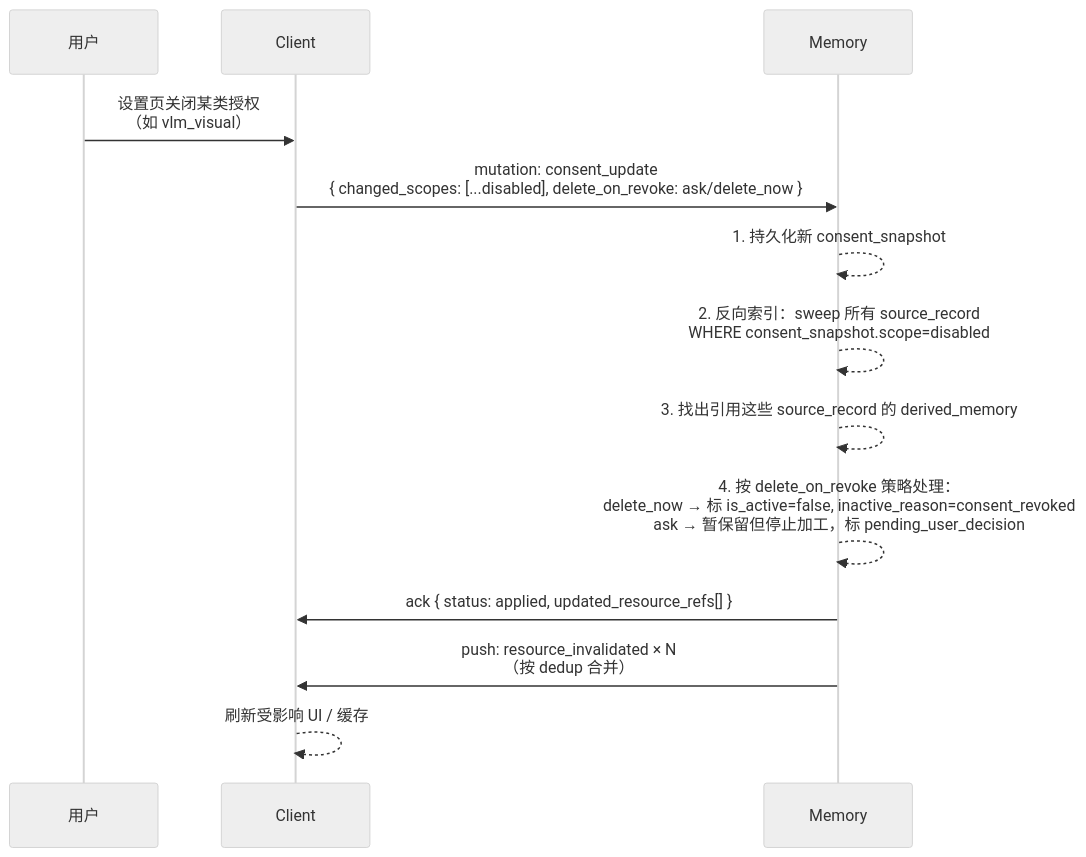
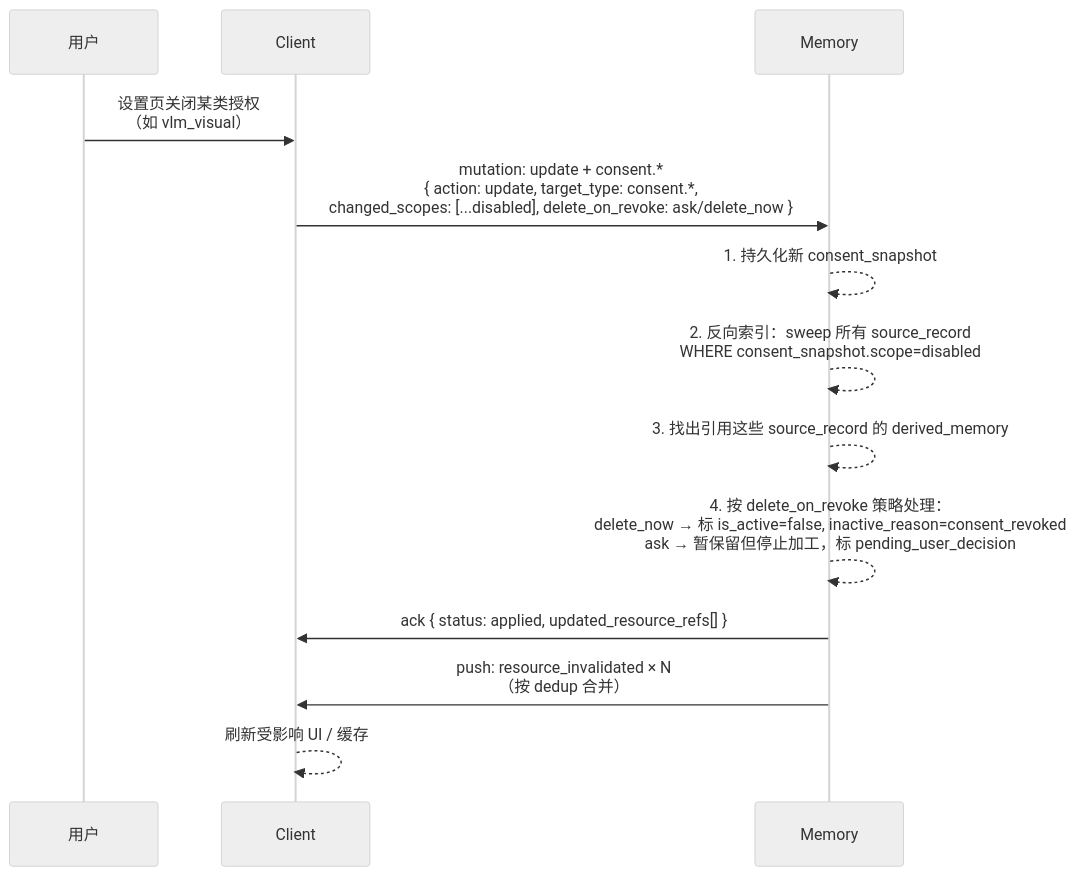
The ninth of 17 diagrams in projects/desktop-pet/01-pm/branches/memory-dataset/DATA_FLOW_REQUIREMENT_SPECIFICATION.md (uu-yaya/ai-product-builder), drawn with Mermaid (neutral theme) before and after one commit. The commit also changed other lines of this file and 1 other file, not shown here.

````diff
--- a/projects/desktop-pet/01-pm/branches/memory-dataset/DATA_FLOW_REQUIREMENT_SPECIFICATION.md
+++ b/projects/desktop-pet/01-pm/branches/memory-dataset/DATA_FLOW_REQUIREMENT_SPECIFICATION.md
@@ -820,16 +1339,16 @@
 ```mermaid
 sequenceDiagram
     participant U as 用户
     participant C as Client
     participant M as Memory
 
     U->>C: 设置页关闭某类授权<br/>（如 vlm_visual）
-    C->>M: mutation: consent_update<br/>{ changed_scopes: [...disabled], delete_on_revoke: ask/delete_now }
+    C->>M: mutation: update + consent.*<br/>{ action: update, target_type: consent.*,<br/>  changed_scopes: [...disabled], delete_on_revoke: ask/delete_now }
     M-->>M: 1. 持久化新 consent_snapshot
     M-->>M: 2. 反向索引：sweep 所有 source_record<br/>WHERE consent_snapshot.scope=disabled
     M-->>M: 3. 找出引用这些 source_record 的 derived_memory
     M-->>M: 4. 按 delete_on_revoke 策略处理：<br/>delete_now → 标 is_active=false, inactive_reason=consent_revoked<br/>ask → 暂保留但停止加工，标 pending_user_decision
     M->>C: ack { status: applied, updated_resource_refs[] }
     M->>C: push: resource_invalidated × N<br/>（按 dedup 合并）
     C-->>C: 刷新受影响 UI / 缓存
 ```
````
